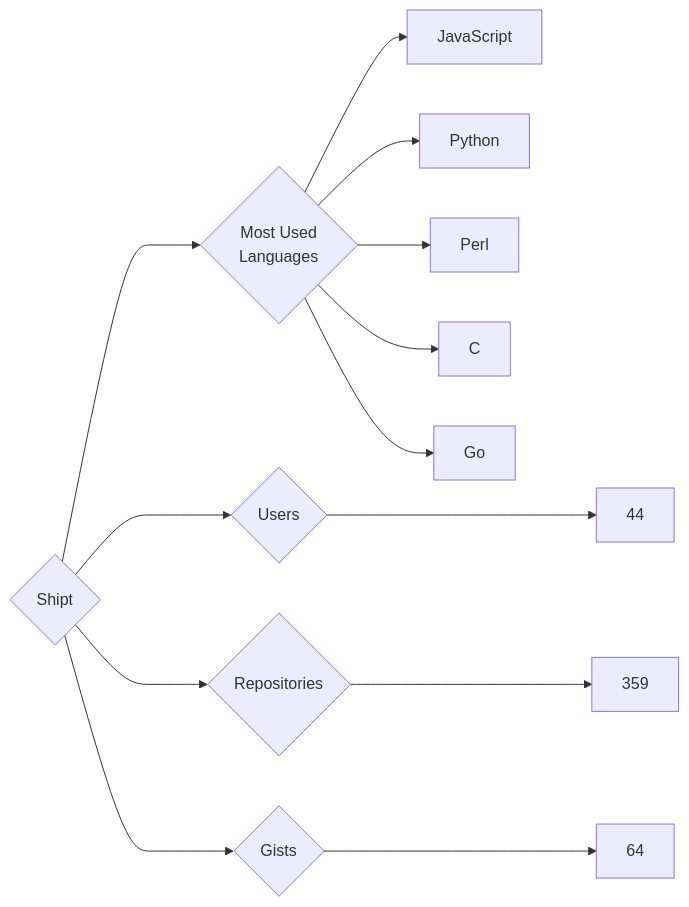
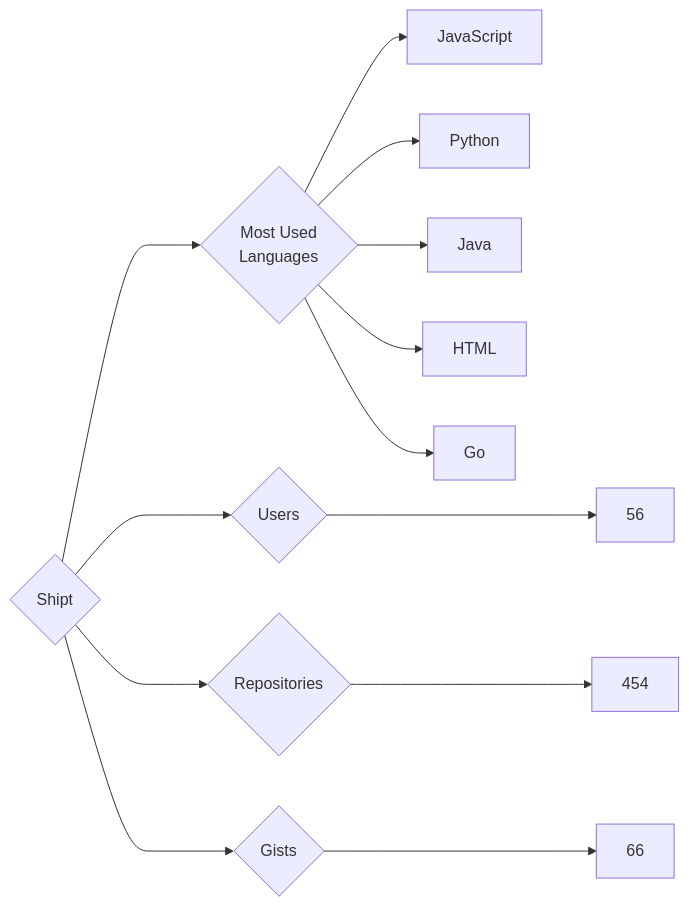
Before and after one commit to trickest/insiders: the diagram in targets/Shipt/README.md, drawn with Mermaid. The commit also changed 955 other files, not shown here.

````diff
--- a/targets/Shipt/README.md
+++ b/targets/Shipt/README.md
@@ -3,13 +3,13 @@
 ```mermaid
 graph LR
 COMPANY_NAME{Shipt}
-COMPANY_NAME ---> U{Users} ---> UN[44]
-COMPANY_NAME ---> R{Repositories} ---> RN[359]
-COMPANY_NAME ---> G{Gists} ---> GN[64]
+COMPANY_NAME ---> U{Users} ---> UN[56]
+COMPANY_NAME ---> R{Repositories} ---> RN[454]
+COMPANY_NAME ---> G{Gists} ---> GN[66]
 COMPANY_NAME ---> ML{Most Used<br>Languages}
 ML --> JavaScript[JavaScript]
 ML --> Python[Python]
-ML --> Perl[Perl]
-ML --> C[C]
+ML --> Java[Java]
+ML --> HTML[HTML]
 ML --> Go[Go]
 ```
````
